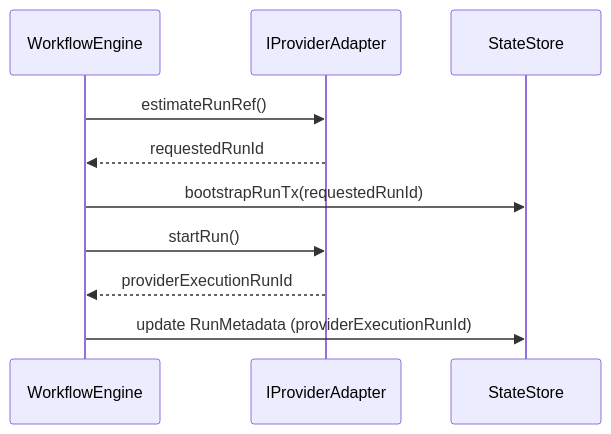
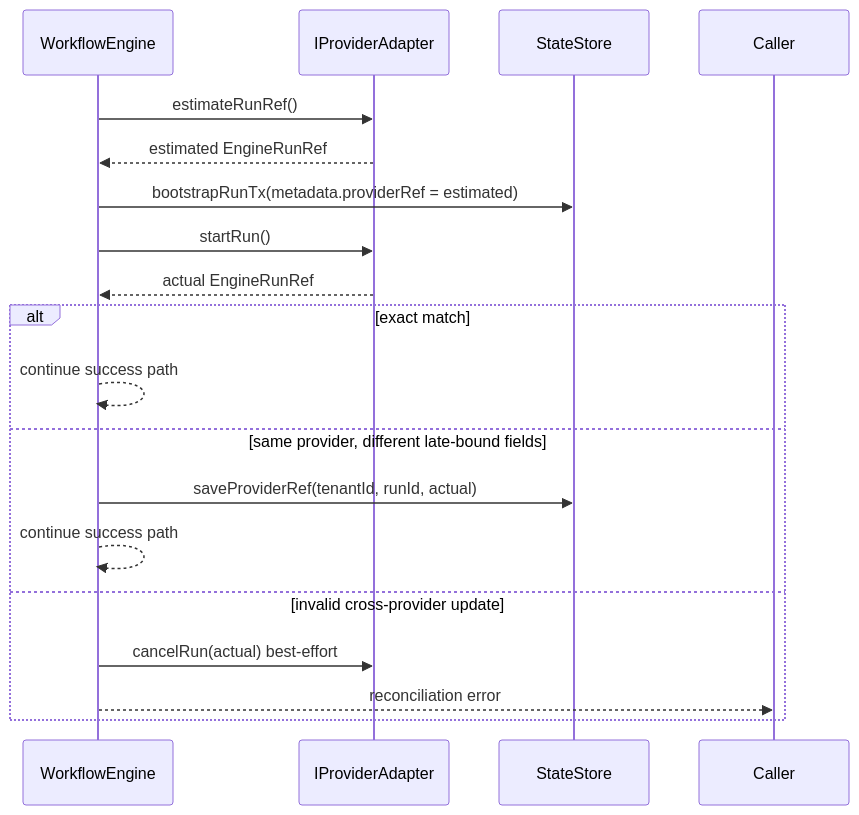
One commit to dunay2/dvt changed the fourth of 4 diagrams in docs/architecture/system-delivery-status.md. Above: the diagram before and after it, drawn with Mermaid. The commit also changed other lines of this file and 69 other files, not shown here.

Commit message:
refactor(engine): Harden provider-ref reconciliation seam

````diff
--- a/docs/architecture/system-delivery-status.md
+++ b/docs/architecture/system-delivery-status.md
@@ -240,12 +245,20 @@
 ```mermaid
 sequenceDiagram
     participant Engine as WorkflowEngine
     participant Adapter as IProviderAdapter
     participant Store as StateStore
     Engine->>Adapter: estimateRunRef()
-    Adapter-->>Engine: requestedRunId
-    Engine->>Store: bootstrapRunTx(requestedRunId)
+    Adapter-->>Engine: estimated EngineRunRef
+    Engine->>Store: bootstrapRunTx(metadata.providerRef = estimated)
     Engine->>Adapter: startRun()
-    Adapter-->>Engine: providerExecutionRunId
-    Engine->>Store: update RunMetadata (providerExecutionRunId)
+    Adapter-->>Engine: actual EngineRunRef
+    alt exact match
+        Engine-->>Engine: continue success path
+    else same provider, different late-bound fields
+        Engine->>Store: saveProviderRef(tenantId, runId, actual)
+        Engine-->>Engine: continue success path
+    else invalid cross-provider update
+        Engine->>Adapter: cancelRun(actual) best-effort
+        Engine-->>Caller: reconciliation error
+    end
 ```
````
